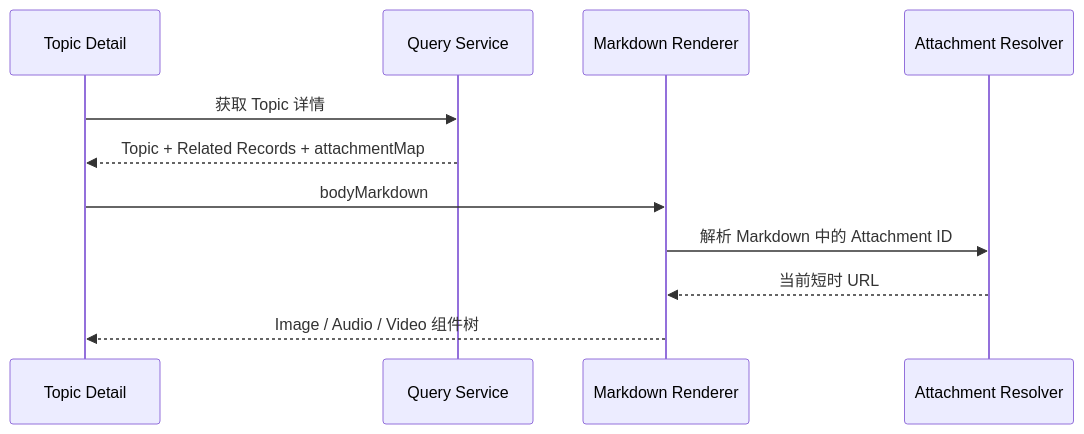
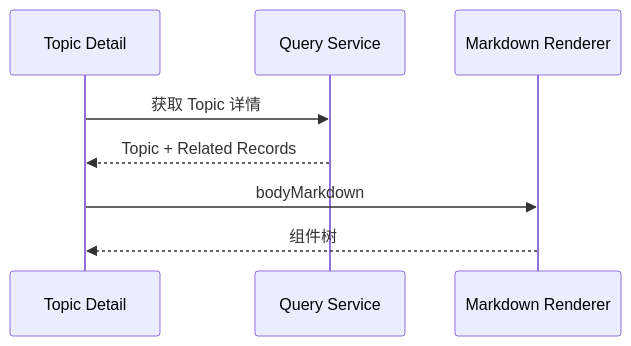
One commit to huiru-wang/eiko changed the fourth of 6 diagrams in docs/frontend-architecture.md. Above: the diagram before and after it, drawn with Mermaid. The commit also changed other lines of this file and 71 other files, not shown here.

````diff
--- a/docs/frontend-architecture.md
+++ b/docs/frontend-architecture.md
@@ -275,14 +216,11 @@
 ```mermaid
 sequenceDiagram
     participant UI as Topic Detail
     participant API as Query Service
     participant MD as Markdown Renderer
-    participant AR as Attachment Resolver
 
     UI->>API: 获取 Topic 详情
-    API-->>UI: Topic + Related Records + attachmentMap
+    API-->>UI: Topic + Related Records
     UI->>MD: bodyMarkdown
-    MD->>AR: 解析 Markdown 中的 Attachment ID
-    AR-->>MD: 当前短时 URL
-    MD-->>UI: Image / Audio / Video 组件树
+    MD-->>UI: 组件树
 ```
````
